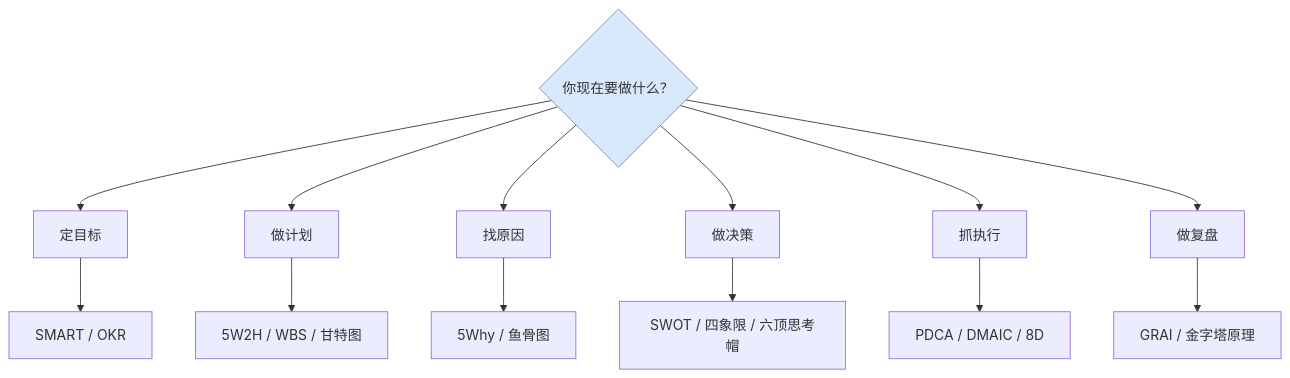
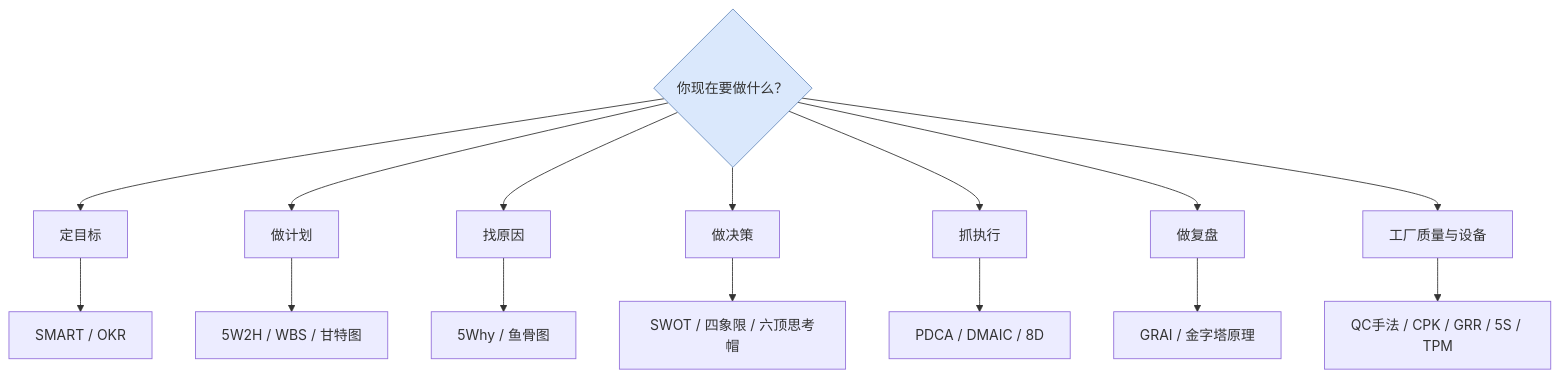
Before and after one commit to hoverwr-bit/management-methods: the first of 35 diagrams in README.md, drawn with Mermaid. The commit also changed other lines of this file and 5 other files, not shown here.

Commit message:
新增工厂方法论19个：QC七大手法/CPK/GRR/FMEA/五大工具/5S/防错/OEE/TPM/SMED/海因里希/QCC/A3，三语同步

````diff
--- a/README.md
+++ b/README.md
@@ -29,11 +33,12 @@
 ```mermaid
 flowchart TB
     Q{"你现在要做什么？"}
     Q --> A["定目标"] --> A1["SMART / OKR"]
     Q --> B["做计划"] --> B1["5W2H / WBS / 甘特图"]
     Q --> C["找原因"] --> C1["5Why / 鱼骨图"]
     Q --> D["做决策"] --> D1["SWOT / 四象限 / 六顶思考帽"]
     Q --> E["抓执行"] --> E1["PDCA / DMAIC / 8D"]
     Q --> F["做复盘"] --> F1["GRAI / 金字塔原理"]
+    Q --> G["工厂质量与设备"] --> G1["QC手法 / CPK / GRR / 5S / TPM"]
     style Q fill:#dae8fc,stroke:#6c8ebf
 ```
````
